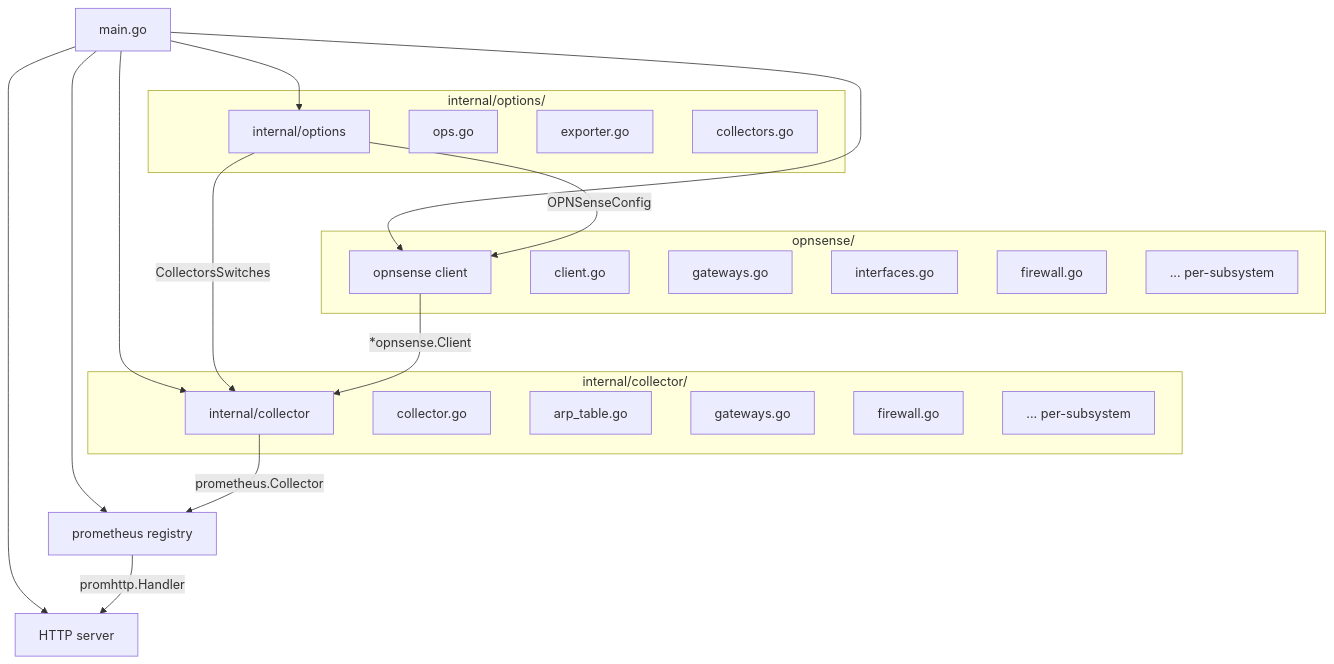
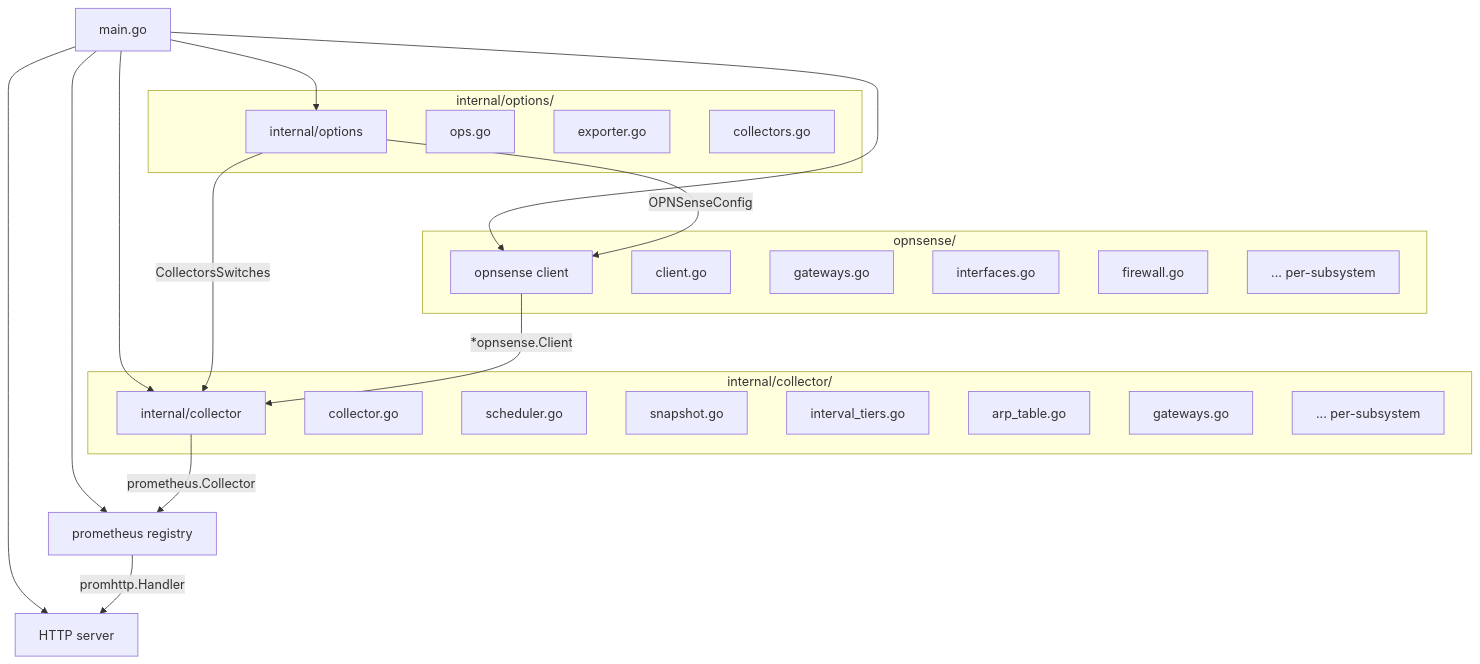
One commit to rknightion/opnsense-exporter changed the first of 2 diagrams in docs/architecture.md. Above: the diagram before and after it, drawn with Mermaid. The commit also changed other lines of this file and 1 other file, not shown here.

````diff
--- a/docs/architecture.md
+++ b/docs/architecture.md
@@ -18,39 +18,41 @@
 ```mermaid
 graph TD
     A[main.go] --> B[internal/options]
     A --> C[opnsense client]
     A --> D[internal/collector]
     A --> E[prometheus registry]
     A --> F[HTTP server]
 
     B -->|OPNSenseConfig| C
     B -->|CollectorsSwitches| D
     C -->|*opnsense.Client| D
     D -->|prometheus.Collector| E
     E -->|promhttp.Handler| F
 
     subgraph "opnsense/"
         C
         C1[client.go]
         C2[gateways.go]
         C3[interfaces.go]
         C4[firewall.go]
         C5[... per-subsystem]
     end
 
     subgraph "internal/collector/"
         D
         D1[collector.go]
+        D6[scheduler.go]
+        D7[snapshot.go]
+        D8[interval_tiers.go]
         D2[arp_table.go]
         D3[gateways.go]
-        D4[firewall.go]
-        D5[... per-subsystem]
+        D4[... per-subsystem]
     end
 
     subgraph "internal/options/"
         B
         B1[ops.go]
         B2[exporter.go]
         B3[collectors.go]
     end
 ```
````
